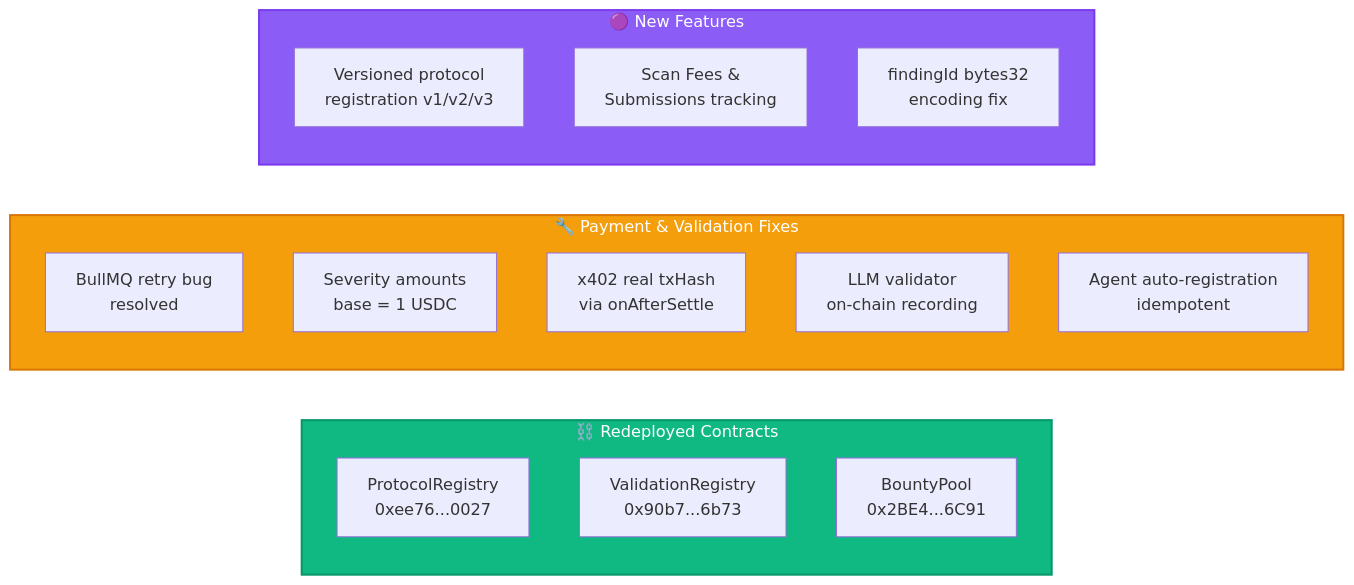
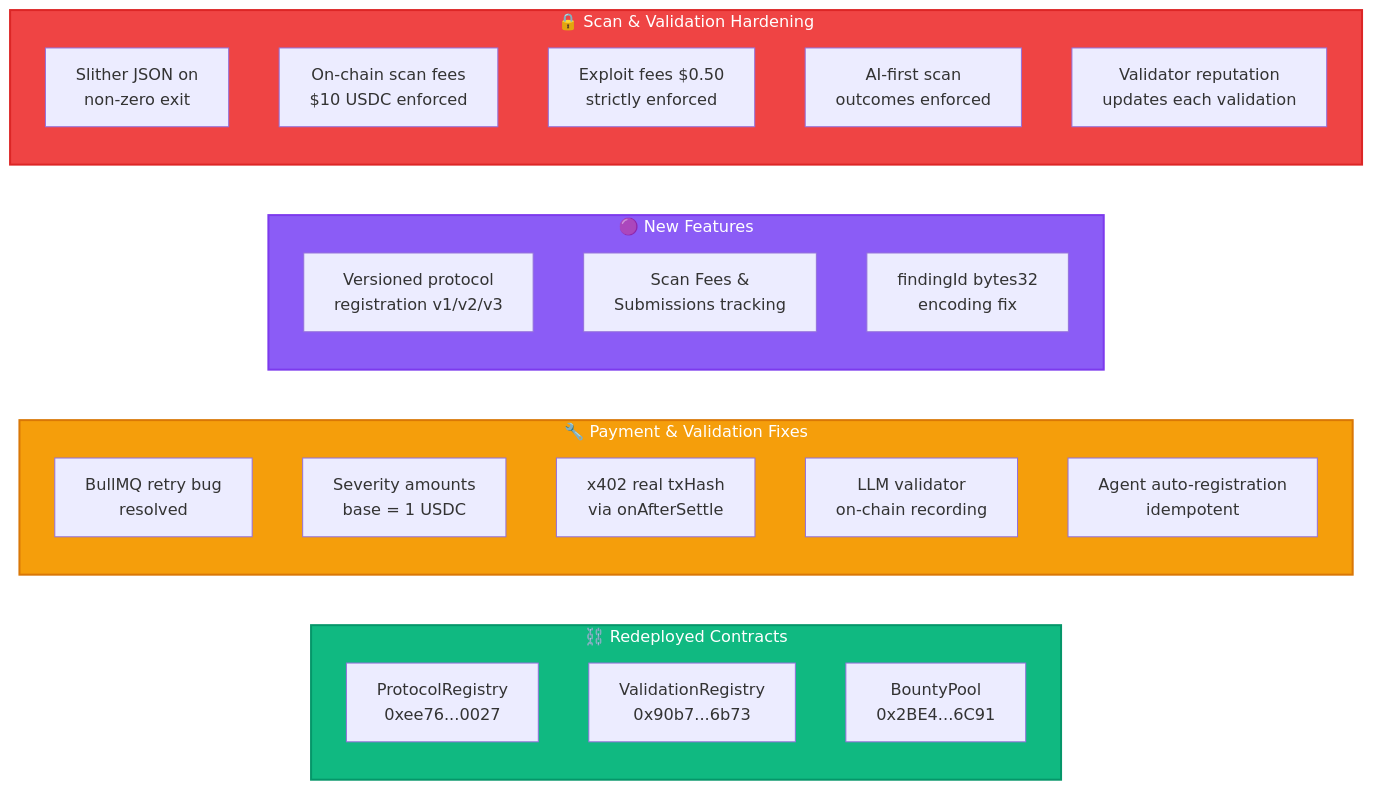
The first of 4 diagrams in backend/README.md (jul1angr1s/AI_Bug_Bountry_App), drawn with Mermaid before and after one commit. The commit also changed other lines of this file and 2 other files, not shown here.

First line of the commit message:
docs: update all READMEs with live example, hardening achievements, and stale fixes

````diff
--- a/backend/README.md
+++ b/backend/README.md
@@ -50,26 +50,35 @@
 ```mermaid
 graph LR
     subgraph Contracts["⛓️ Redeployed Contracts"]
         PR_NEW[ProtocolRegistry<br/>0xee76...0027]
         VR_NEW[ValidationRegistry<br/>0x90b7...6b73]
         BP_NEW[BountyPool<br/>0x2BE4...6C91]
     end
 
     subgraph Fixes["🔧 Payment & Validation Fixes"]
         FIX1[BullMQ retry bug<br/>resolved]
         FIX2[Severity amounts<br/>base = 1 USDC]
         FIX3[x402 real txHash<br/>via onAfterSettle]
         FIX4[LLM validator<br/>on-chain recording]
         FIX5[Agent auto-registration<br/>idempotent]
     end
 
     subgraph Features["🟣 New Features"]
         FEAT1[Versioned protocol<br/>registration v1/v2/v3]
         FEAT2[Scan Fees &<br/>Submissions tracking]
         FEAT3[findingId bytes32<br/>encoding fix]
     end
 
+    subgraph Hardening["🔒 Scan & Validation Hardening"]
+        H1[Slither JSON on<br/>non-zero exit]
+        H2[On-chain scan fees<br/>$10 USDC enforced]
+        H3[Exploit fees $0.50<br/>strictly enforced]
+        H4[AI-first scan<br/>outcomes enforced]
+        H5[Validator reputation<br/>updates each validation]
+    end
+
     style Contracts fill:#10B981,stroke:#059669,stroke-width:2px,color:#fff
     style Fixes fill:#F59E0B,stroke:#D97706,stroke-width:2px,color:#fff
     style Features fill:#8B5CF6,stroke:#7C3AED,stroke-width:2px,color:#fff
+    style Hardening fill:#EF4444,stroke:#DC2626,stroke-width:2px,color:#fff
 ```
````
